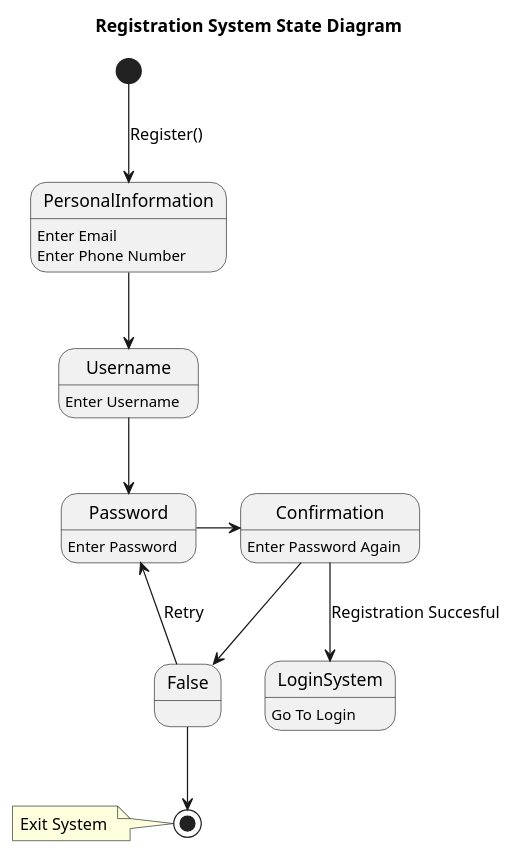
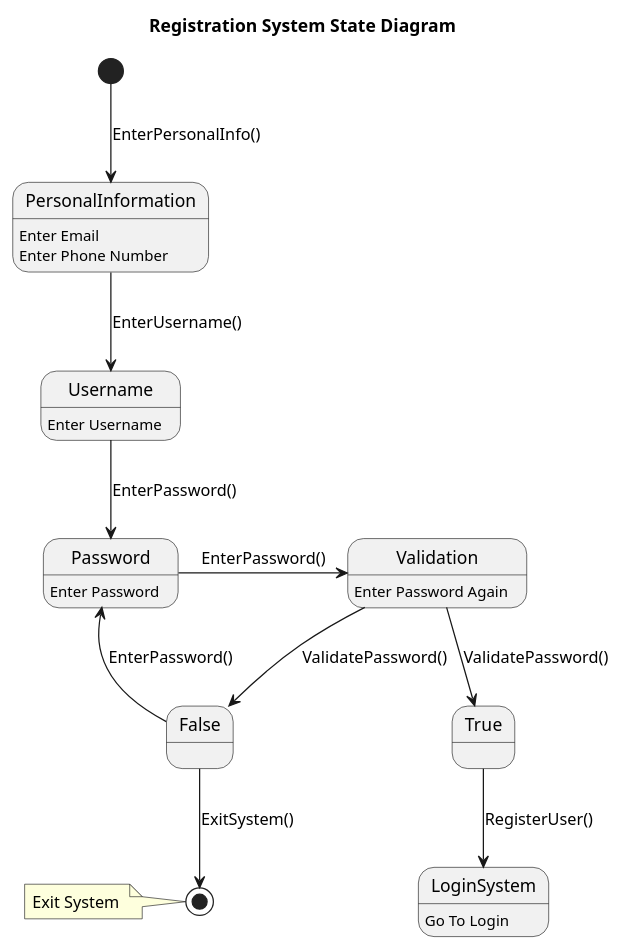
The diagram in State Diagrams/RegistrationSystem.plantuml (ECCE336-100053463/ECCE-336-Project), drawn with PlantUML before and after one commit. The commit also changed 1 other file, not shown here.

Commit message:
Edited State Diagrams

```diff
--- a/State Diagrams/RegistrationSystem.plantuml
+++ b/State Diagrams/RegistrationSystem.plantuml
@@ -1,21 +1,22 @@
 @startuml
 
 title Registration System State Diagram
-[*] --> PersonalInformation: Register()
-PersonalInformation --> Username
-Username --> Password
+[*] --> PersonalInformation: EnterPersonalInfo()
+PersonalInformation --> Username:EnterUsername()
+Username --> Password:EnterPassword()
 Username: Enter Username
 Password: Enter Password
-Password -> Confirmation
-Confirmation --> LoginSystem : Registration Succesful
-Confirmation --> False
-Confirmation:Enter Password Again
-Password <-- False : Retry
-False --> [*]
+Password -> Validation:EnterPassword()
+Validation --> True : ValidatePassword()
+Validation --> False:ValidatePassword()
+True --> LoginSystem : RegisterUser()
+Validation:Enter Password Again
+Password <-- False : EnterPassword()
+False --> [*]:ExitSystem()
 note left
 Exit System 
 end note
 LoginSystem: Go To Login
 PersonalInformation:Enter Email\nEnter Phone Number
 
 @enduml
```
